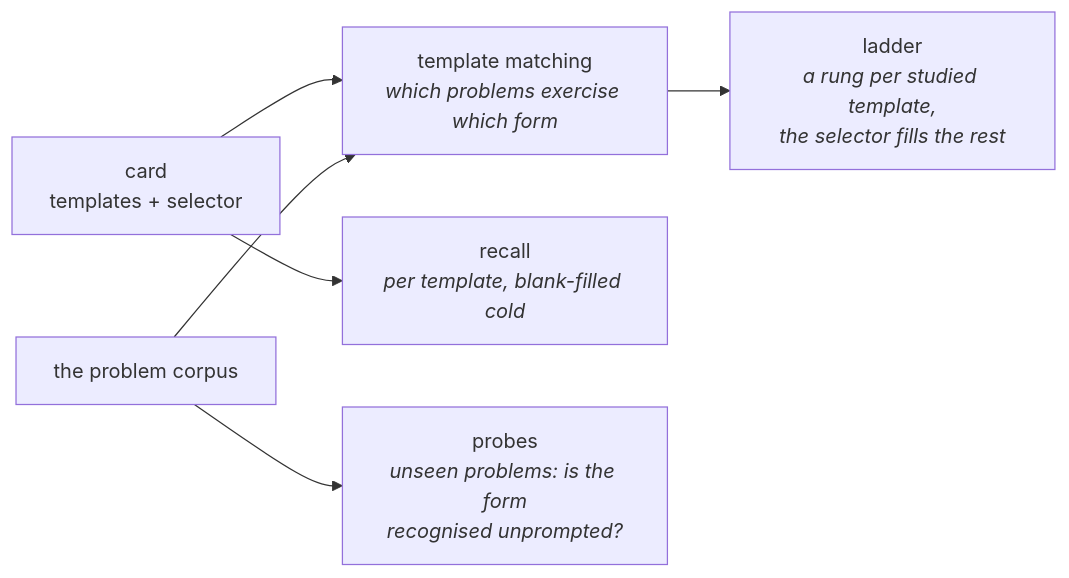
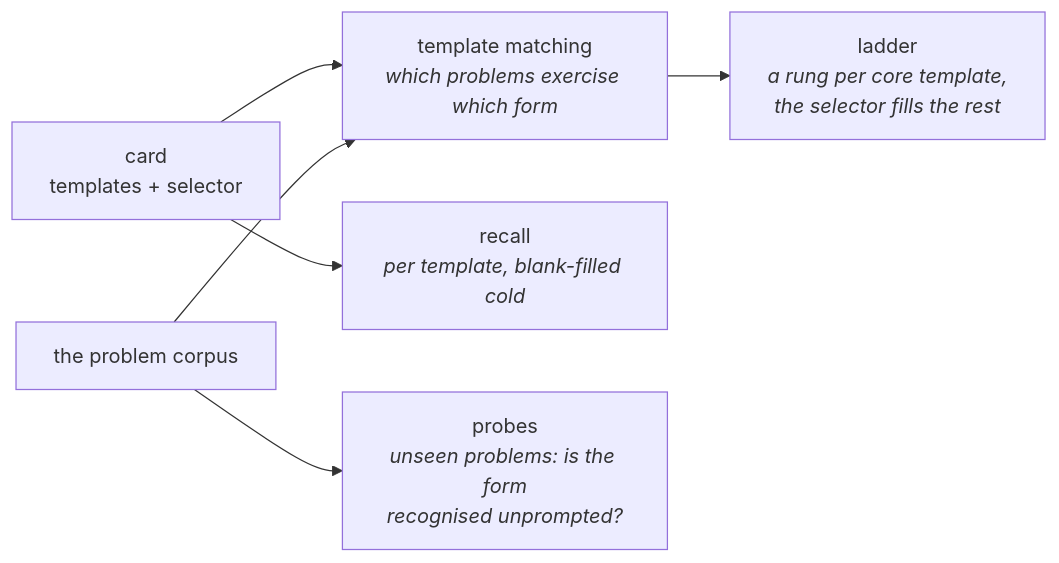
One commit to lunochkin/algo-coach changed the second of 3 diagrams in README.md. Above: the diagram before and after it, drawn with Mermaid. The commit also changed other lines of this file and 5 other files, not shown here.

First line of the commit message:
docs: rename studied template to core template

````diff
--- a/README.md
+++ b/README.md
@@ -266,8 +266,8 @@
 ```mermaid
 flowchart LR
   C["card<br/>templates + selector"] --> M["template matching<br/><i>which problems exercise which form</i>"]
   P["the problem corpus"] --> M
-  M --> L["ladder<br/><i>a rung per studied template,<br/>the selector fills the rest</i>"]
+  M --> L["ladder<br/><i>a rung per core template,<br/>the selector fills the rest</i>"]
   C --> R["recall<br/><i>per template, blank-filled cold</i>"]
   P --> PR["probes<br/><i>unseen problems: is the form<br/>recognised unprompted?</i>"]
 ```
````
